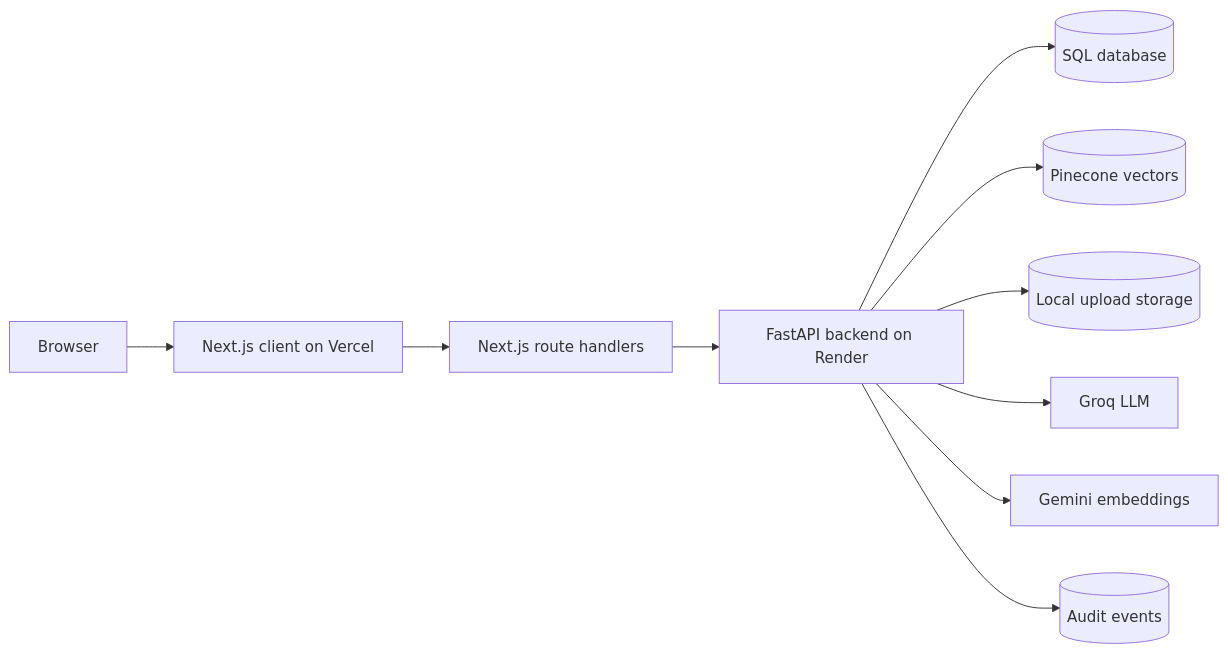
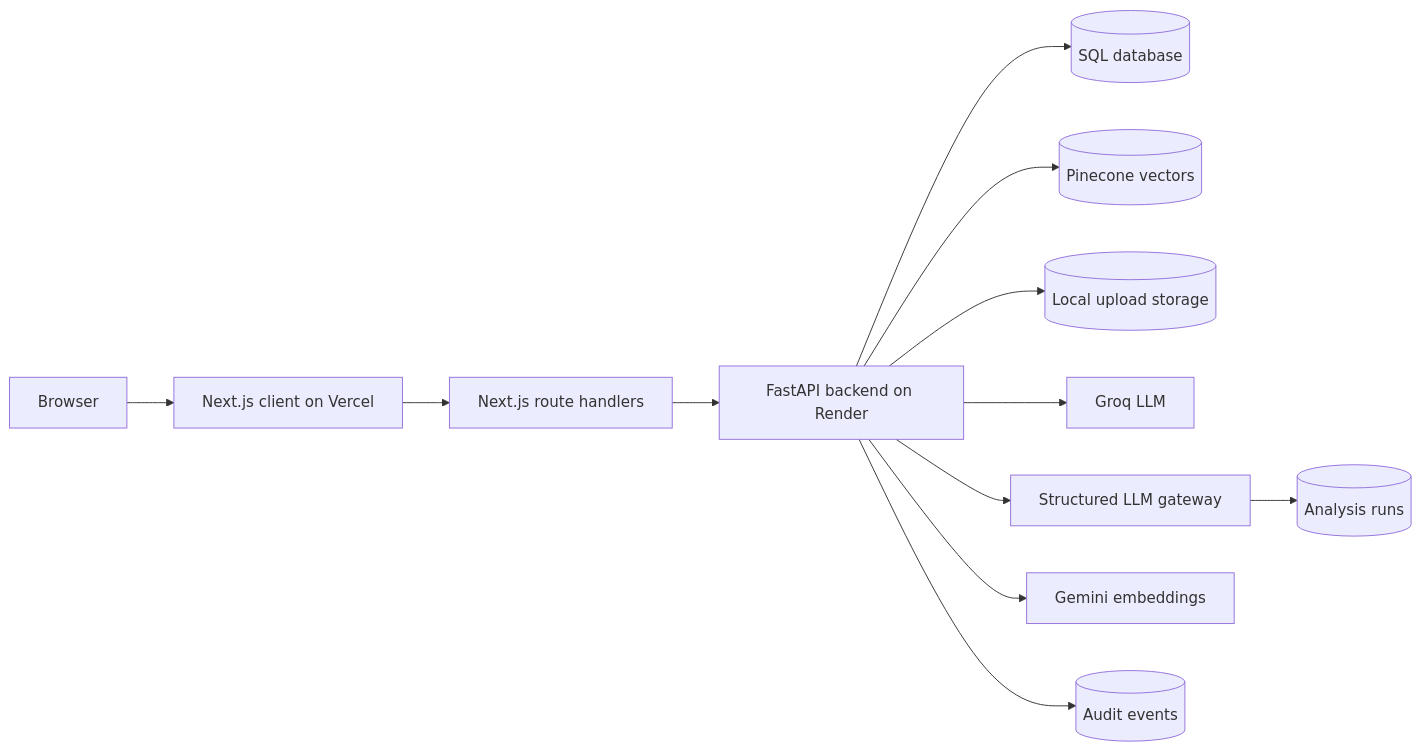
The first of 4 diagrams in README.md (psyaj9/AuthLens), drawn with Mermaid before and after one commit. The commit also changed other lines of this file and 6 other files, not shown here.

Commit message:
feat: enhance structured LLM gateway; implement source citation validation in evidence matching; add tests for LLM criteria extraction and validation failures

````diff
--- a/README.md
+++ b/README.md
@@ -51,12 +52,14 @@
 ```mermaid
 flowchart LR
   Browser[Browser] --> Next[Next.js client on Vercel]
   Next --> Routes[Next.js route handlers]
   Routes --> FastAPI[FastAPI backend on Render]
   FastAPI --> DB[(SQL database)]
   FastAPI --> Pinecone[(Pinecone vectors)]
   FastAPI --> Files[(Local upload storage)]
   FastAPI --> Groq[Groq LLM]
+  FastAPI --> Gateway[Structured LLM gateway]
+  Gateway --> Runs[(Analysis runs)]
   FastAPI --> Gemini[Gemini embeddings]
   FastAPI --> Audit[(Audit events)]
 ```
````
